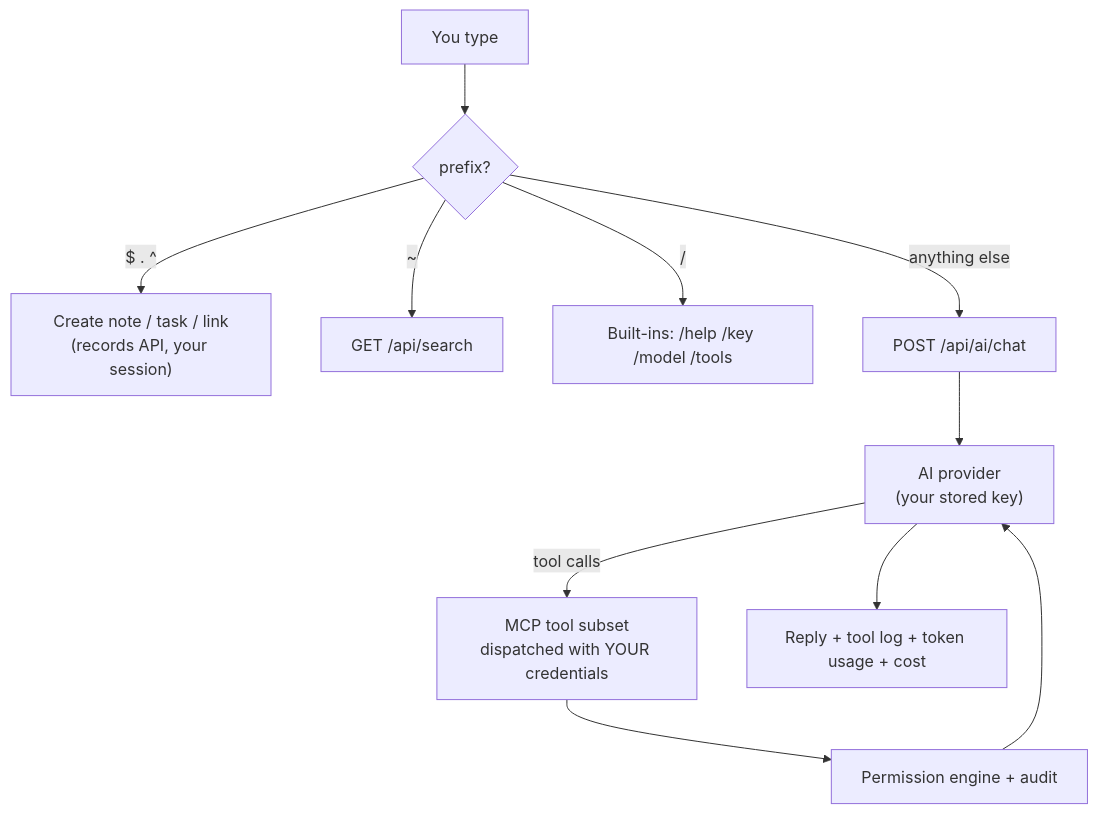
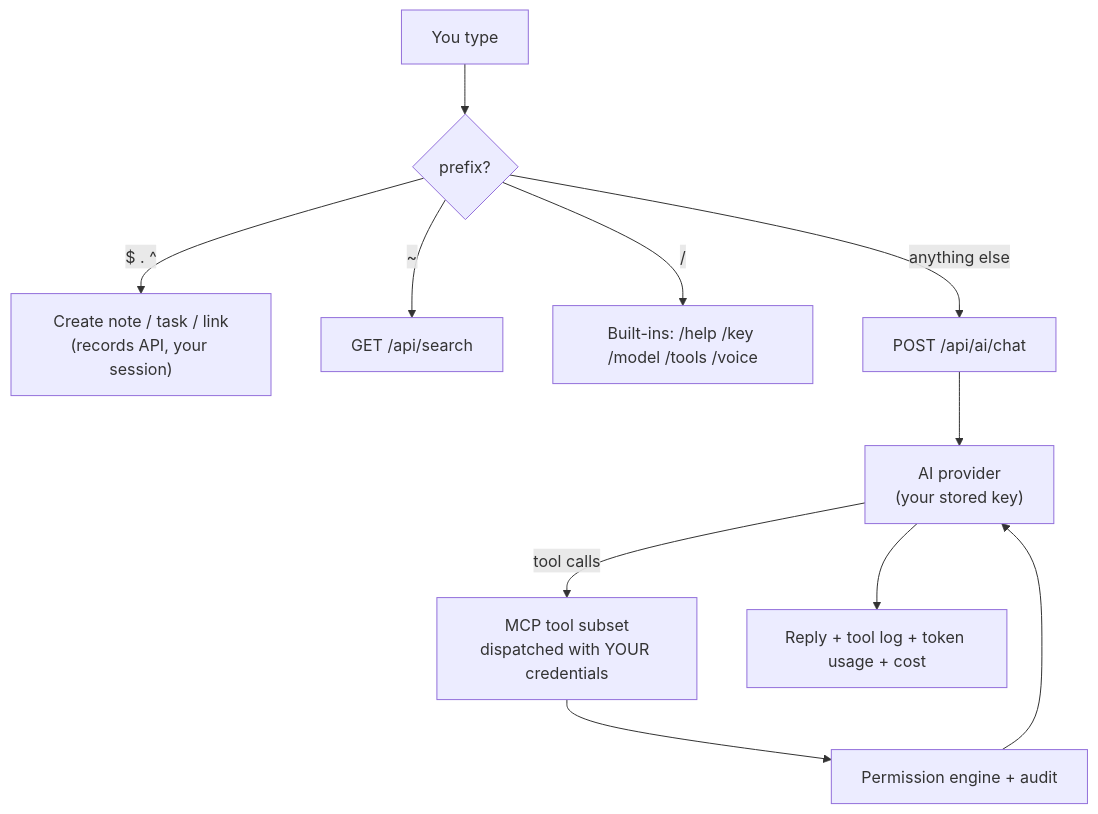
The diagram in docs/shell-and-ai.md (askrobots/dbbasic-object-server), drawn with Mermaid before and after one commit. The commit also changed other lines of this file and 7 other files, not shown here.

````diff
--- a/docs/shell-and-ai.md
+++ b/docs/shell-and-ai.md
@@ -8,13 +8,13 @@
 ```mermaid
 flowchart TD
     U["You type"] --> D{"prefix?"}
     D -->|"$ . ^"| REC["Create note / task / link<br/>(records API, your session)"]
     D -->|"~"| SRCH["GET /api/search"]
-    D -->|"/"| CMD["Built-ins: /help /key /model /tools"]
+    D -->|"/"| CMD["Built-ins: /help /key /model /tools /voice"]
     D -->|"anything else"| CHAT["POST /api/ai/chat"]
     CHAT --> PROV["AI provider<br/>(your stored key)"]
     PROV -->|"tool calls"| MCP["MCP tool subset<br/>dispatched with YOUR credentials"]
     MCP --> PERM["Permission engine + audit"]
     PERM --> PROV
     PROV --> REPLY["Reply + tool log + token usage + cost"]
 ```
````
